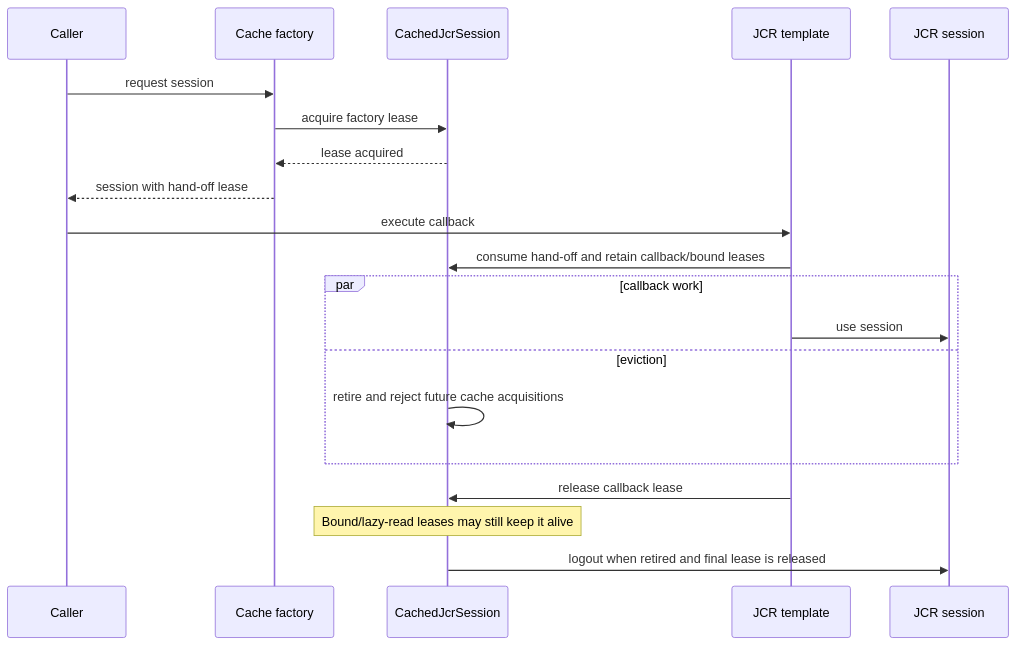
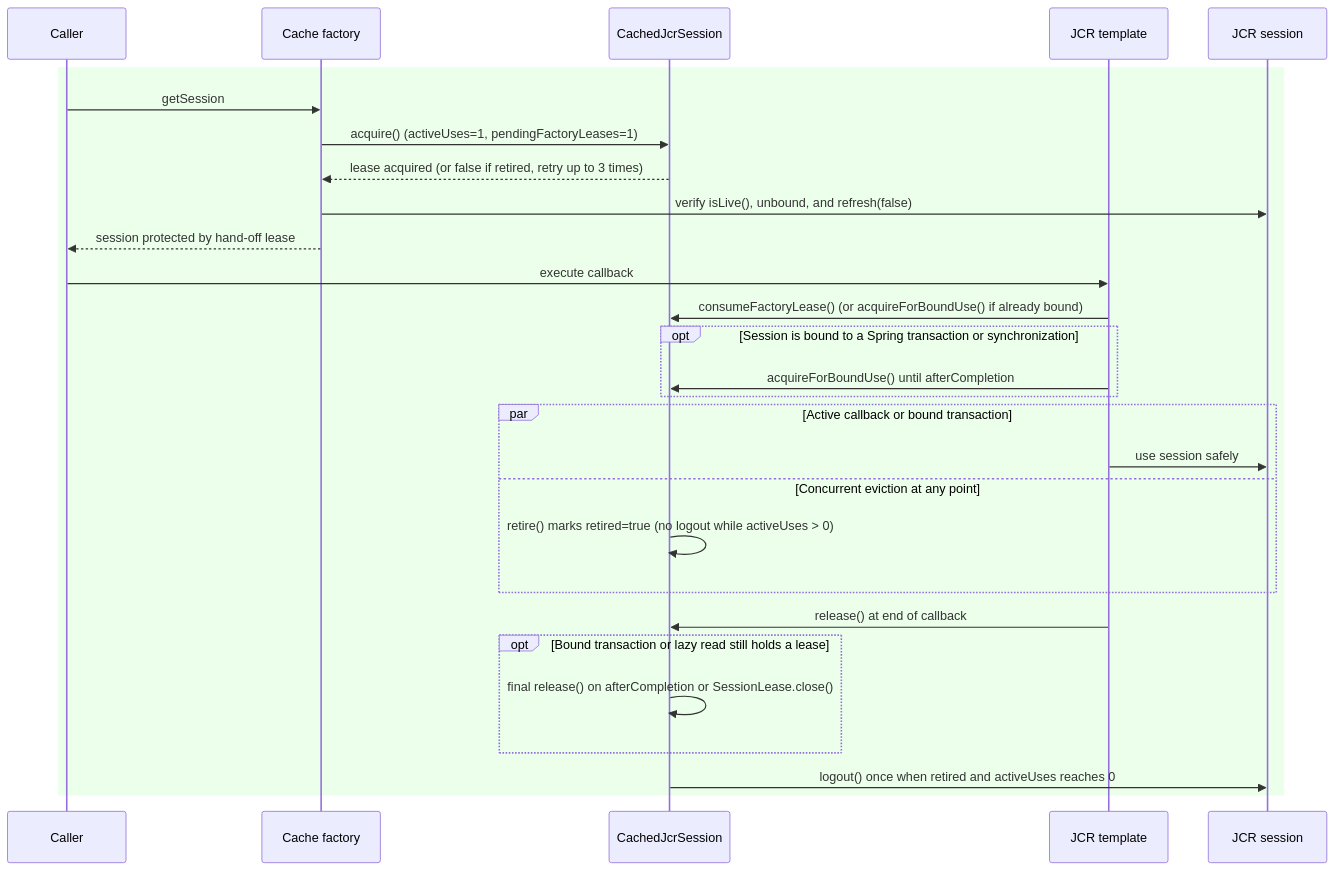
Before and after one commit to pentaho/pentaho-platform: the second of 5 diagrams in docs/BISERVER-15667-JCR-CACHED-SESSION-LIFECYCLE.md, drawn with Mermaid. The commit also changed other lines of this file, not shown here.

Commit message:
docs: clarify cached session lifecycle flows [BISERVER-15667]

````diff
--- a/docs/BISERVER-15667-JCR-CACHED-SESSION-LIFECYCLE.md
+++ b/docs/BISERVER-15667-JCR-CACHED-SESSION-LIFECYCLE.md
@@ -63,23 +81,31 @@
 ```mermaid
 sequenceDiagram
   participant Caller
   participant Factory as Cache factory
   participant Holder as CachedJcrSession
   participant Template as JCR template
   participant Session as JCR session
 
-  Caller->>Factory: request session
-  Factory->>Holder: acquire factory lease
-  Holder-->>Factory: lease acquired
-  Factory-->>Caller: session with hand-off lease
-  Caller->>Template: execute callback
-  Template->>Holder: consume hand-off and retain callback/bound leases
-  par callback work
-    Template->>Session: use session
-  and eviction
-    Holder->>Holder: retire and reject future cache acquisitions
+  rect rgb(235, 255, 235)
+    Caller->>Factory: getSession
+    Factory->>Holder: acquire() (activeUses=1, pendingFactoryLeases=1)
+    Holder-->>Factory: lease acquired (or false if retired, retry up to 3 times)
+    Factory->>Session: verify isLive(), unbound, and refresh(false)
+    Factory-->>Caller: session protected by hand-off lease
+    Caller->>Template: execute callback
+    Template->>Holder: consumeFactoryLease() (or acquireForBoundUse() if already bound)
+    opt Session is bound to a Spring transaction or synchronization
+      Template->>Holder: acquireForBoundUse() until afterCompletion
+    end
+    par Active callback or bound transaction
+      Template->>Session: use session safely
+    and Concurrent eviction at any point
+      Holder->>Holder: retire() marks retired=true (no logout while activeUses > 0)
+    end
+    Template->>Holder: release() at end of callback
+    opt Bound transaction or lazy read still holds a lease
+      Holder->>Holder: final release() on afterCompletion or SessionLease.close()
+    end
+    Holder->>Session: logout() once when retired and activeUses reaches 0
   end
-  Template->>Holder: release callback lease
-  Note over Holder: Bound/lazy-read leases may still keep it alive
-  Holder->>Session: logout when retired and final lease is released
 ```
````
